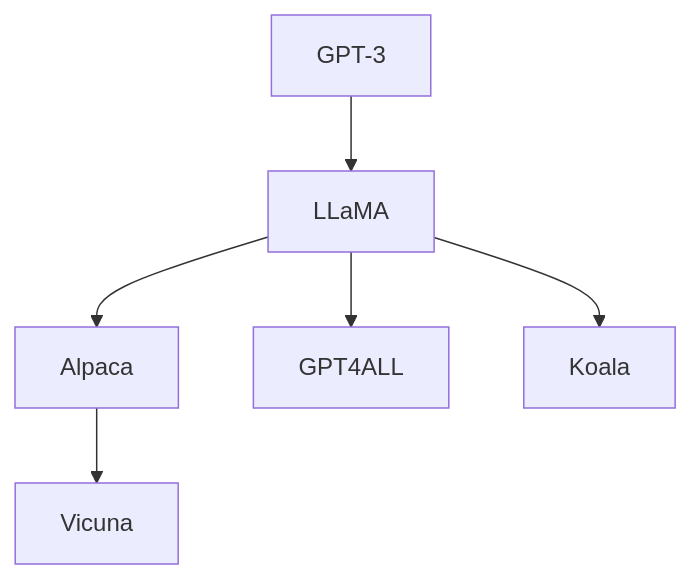
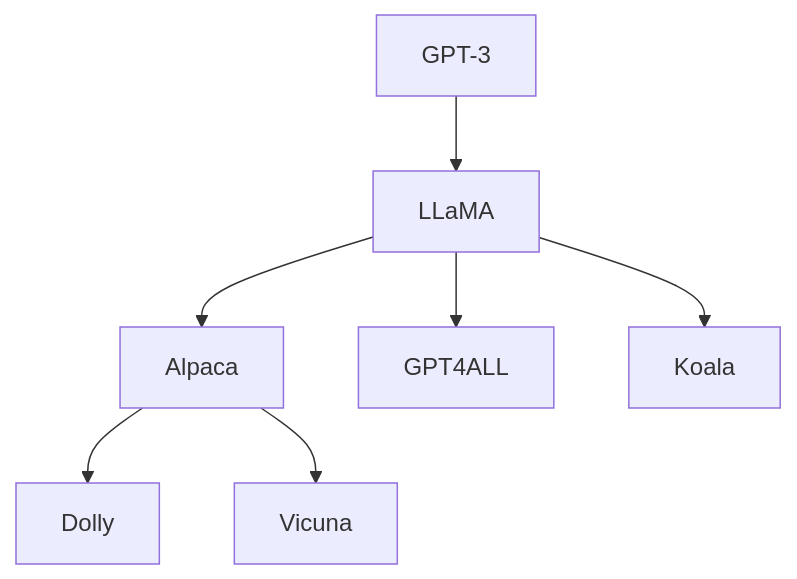
Before and after one commit to ted-sharp/chatvox: diagram 16 of 20 in doc/llm.md, drawn with Mermaid. The commit also changed other lines of this file, not shown here.

````diff
--- a/doc/llm.md
+++ b/doc/llm.md
@@ -678,7 +687,8 @@
 ```mermaid
 flowchart
 
-GPT-3 --> LLaMA --> Alpaca --> Vicuna
+GPT-3 --> LLaMA --> Alpaca --> Dolly
+Alpaca --> Vicuna
 LLaMA --> GPT4ALL
 LLaMA --> Koala
 ```
````
